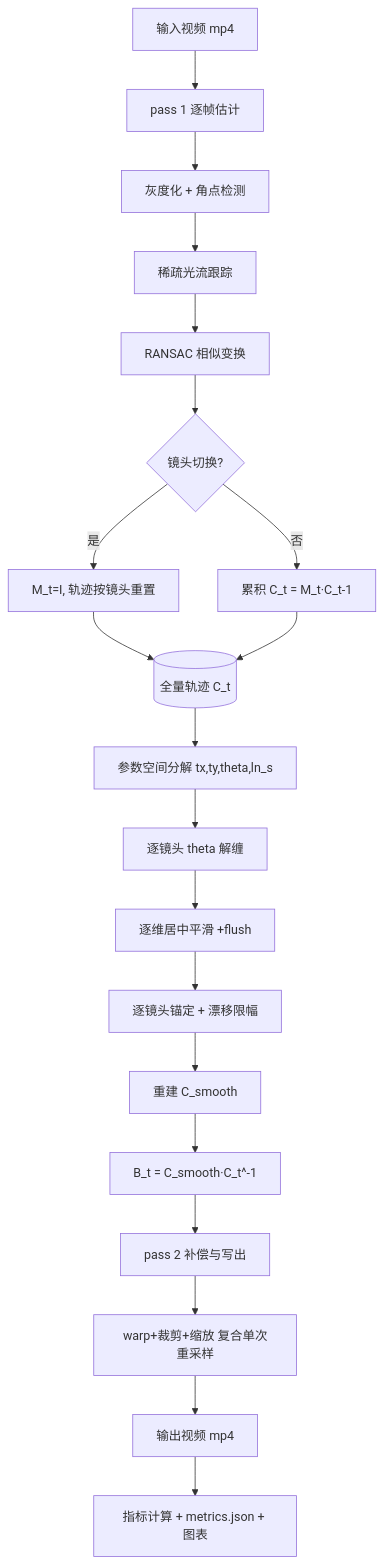
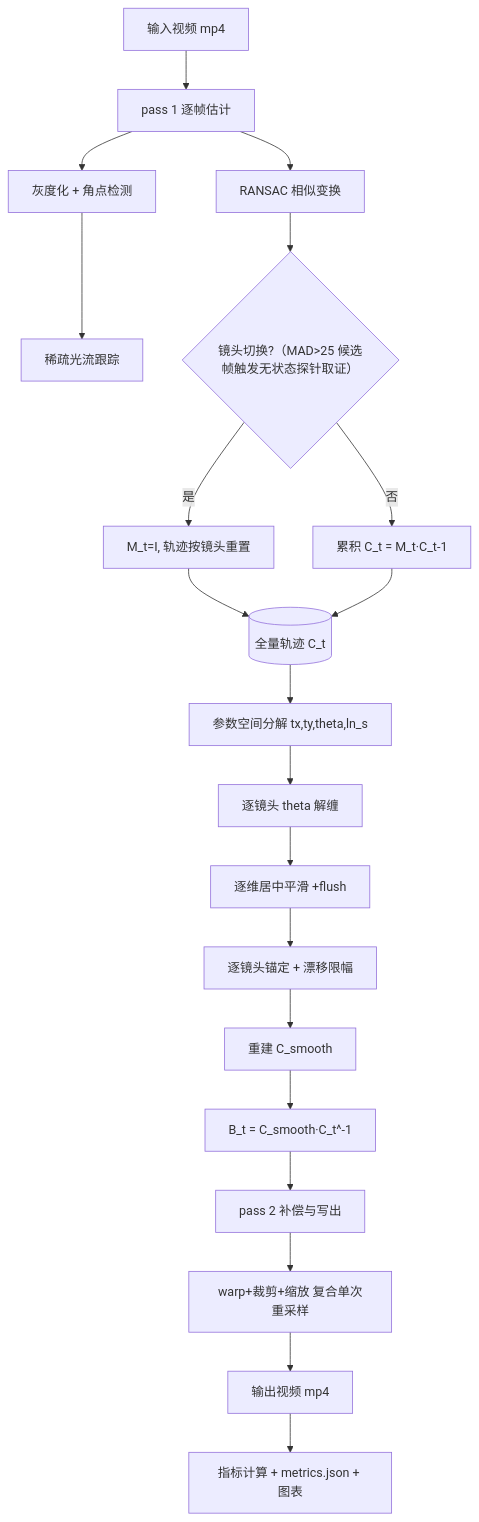
Before and after one commit to panyuncreater/video-stabilization: the diagram in docs/ARCHITECTURE.md, drawn with Mermaid. The commit also changed other lines of this file and 17 other files, not shown here.

````diff
--- a/docs/ARCHITECTURE.md
+++ b/docs/ARCHITECTURE.md
@@ -9,22 +9,22 @@
 ```mermaid
 flowchart TD
     A[输入视频 mp4] --> B[pass 1 逐帧估计]
     B --> B1[灰度化 + 角点检测]
     B1 --> B2[稀疏光流跟踪]
-    B2 --> B3[RANSAC 相似变换]
-    B3 --> B4{镜头切换?}
+    B --> B3[RANSAC 相似变换]
+    B3 --> B4{镜头切换?（MAD>25 候选帧触发无状态探针取证）}
     B4 -- 是 --> B5[M_t=I, 轨迹按镜头重置]
     B4 -- 否 --> B6[累积 C_t = M_t·C_t-1]
     B5 --> C[(全量轨迹 C_t)]
     B6 --> C
     C --> D[参数空间分解 tx,ty,theta,ln_s]
     D --> E[逐镜头 theta 解缠]
     E --> F[逐维居中平滑 +flush]
     F --> G[逐镜头锚定 + 漂移限幅]
     G --> H[重建 C_smooth]
     H --> I[B_t = C_smooth·C_t^-1]
     I --> J[pass 2 补偿与写出]
     J --> J1[warp+裁剪+缩放 复合单次重采样]
     J1 --> K[输出视频 mp4]
     K --> L[指标计算 + metrics.json + 图表]
 ```
````
